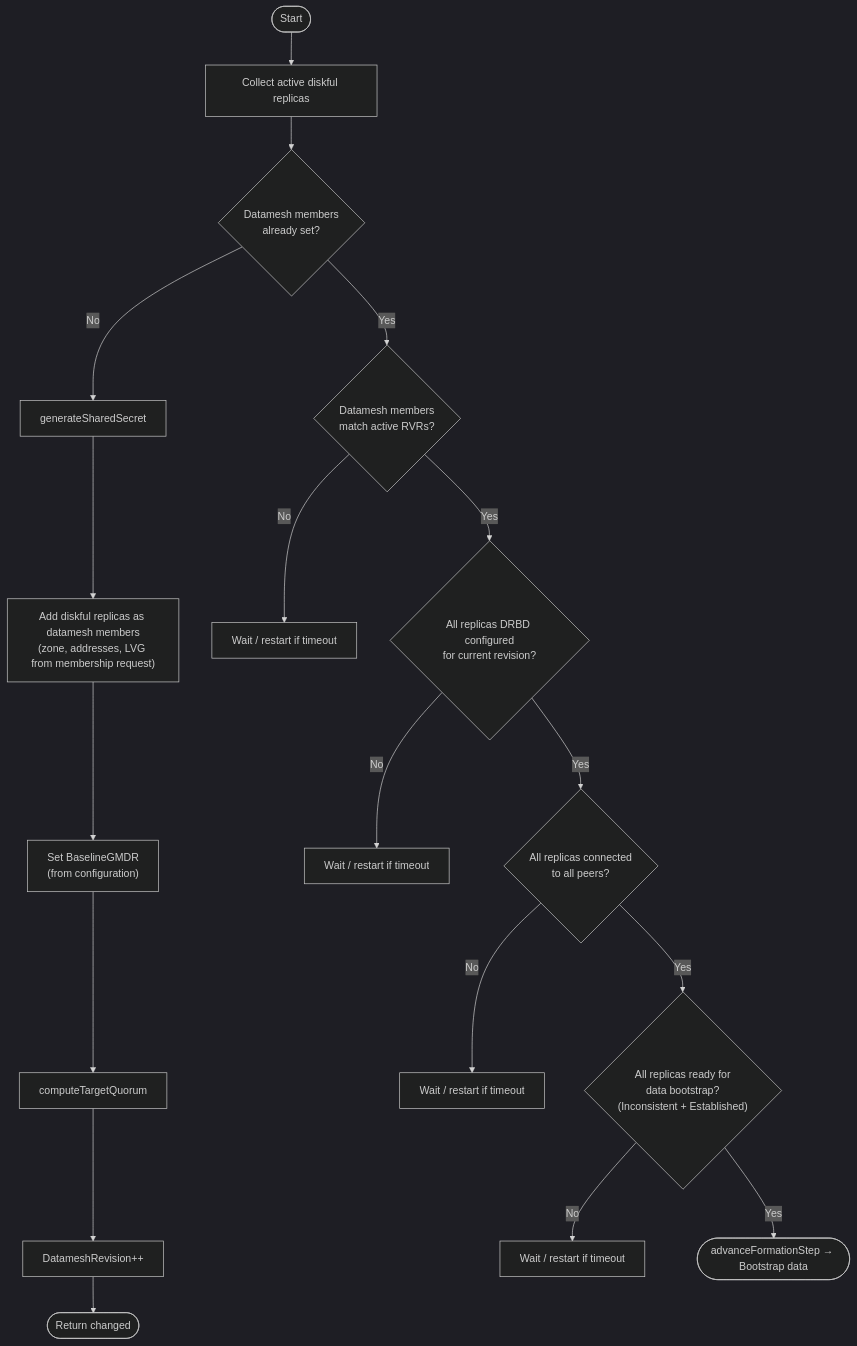
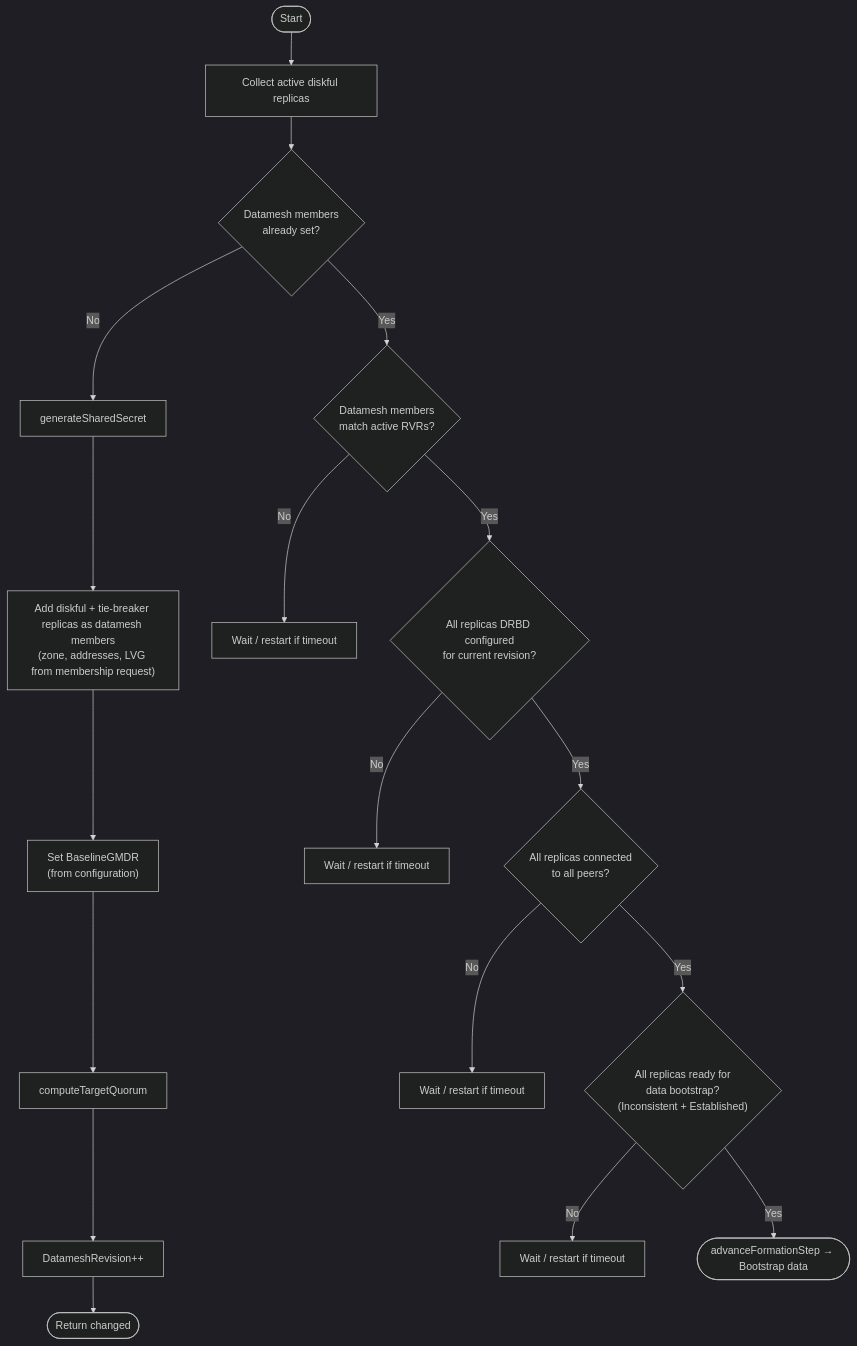
The sixth of 12 diagrams in images/controller/internal/controllers/rv_controller/README.md (deckhouse/sds-replicated-volume), drawn with Mermaid (dark theme) before and after one commit. The commit also changed other lines of this file and 5 other files, not shown here.

Commit message:
[controller] Create tie-breaker replica during volume formation

````diff
--- a/images/controller/internal/controllers/rv_controller/README.md
+++ b/images/controller/internal/controllers/rv_controller/README.md
@@ -740,26 +748,26 @@
 ```mermaid
 flowchart TD
     Start([Start]) --> CollectDiskful[Collect active diskful replicas]
 
     CollectDiskful --> CheckMembers{Datamesh members<br/>already set?}
     CheckMembers -->|No| GenSecret[generateSharedSecret]
-    GenSecret --> AddMembers["Add diskful replicas as datamesh members<br/>(zone, addresses, LVG from membership request)"]
+    GenSecret --> AddMembers["Add diskful + tie-breaker replicas as datamesh members<br/>(zone, addresses, LVG from membership request)"]
     AddMembers --> SetBaseline["Set BaselineGMDR<br/>(from configuration)"]
     SetBaseline --> SetQuorum[computeTargetQuorum]
     SetQuorum --> IncrRevision["DatameshRevision++"]
     IncrRevision --> ReturnChanged([Return changed])
 
     CheckMembers -->|Yes| VerifyMembers{"Datamesh members<br/>match active RVRs?"}
     VerifyMembers -->|No| WaitRestart1[Wait / restart if timeout]
 
     VerifyMembers -->|Yes| CheckConfigured{"All replicas DRBD configured<br/>for current revision?"}
     CheckConfigured -->|No| WaitRestart2[Wait / restart if timeout]
 
     CheckConfigured -->|Yes| CheckConnected{"All replicas connected<br/>to all peers?"}
     CheckConnected -->|No| WaitRestart3[Wait / restart if timeout]
 
     CheckConnected -->|Yes| CheckBootstrapReady{"All replicas ready for<br/>data bootstrap?<br/>(Inconsistent + Established)"}
     CheckBootstrapReady -->|No| WaitRestart4[Wait / restart if timeout]
 
     CheckBootstrapReady -->|Yes| NextStep(["advanceFormationStep → Bootstrap data"])
 ```
````
